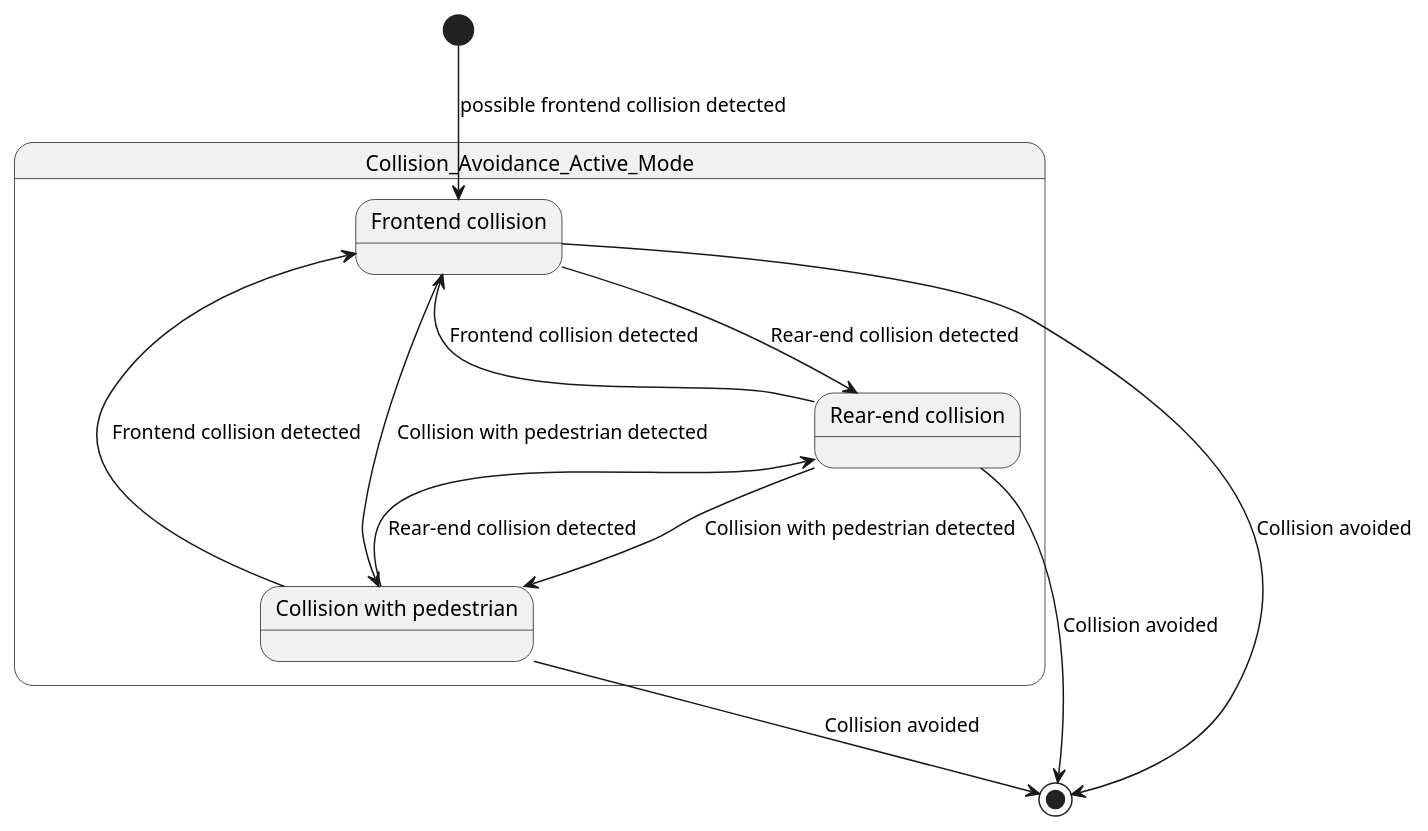
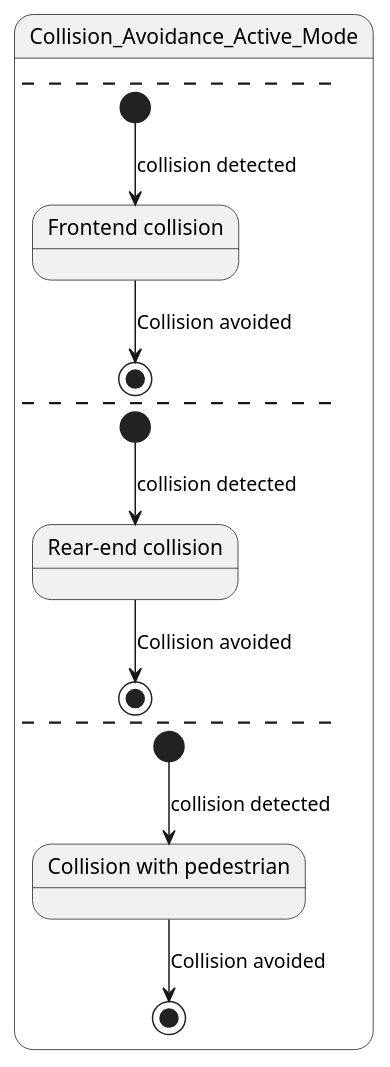
Before and after one commit to HansBug/research_ideas: the diagram in project_1_llm_state_machine_modeling/paper_stm_repair/pipeline/representation/reports/llms_emp_r45_java_60/pairs/0017/README.md, drawn with PlantUML. The commit also changed other lines of this file and 622 other files, not shown here.

First line of the commit message:
fix(paper1): 切换Phase-II最终池并重建PlantUML转换证据

````diff
--- a/project_1_llm_state_machine_modeling/paper_stm_repair/pipeline/representation/reports/llms_emp_r45_java_60/pairs/0017/README.md
+++ b/project_1_llm_state_machine_modeling/paper_stm_repair/pipeline/representation/reports/llms_emp_r45_java_60/pairs/0017/README.md
@@ -27,20 +82,20 @@
 ```plantuml
 @startuml
-state "Collision_Avoidance_Active_Mode" as CA {
+state Collision_Avoidance_Active_Mode {
+--
+[*] --> F : collision detected
 state "Frontend collision" as F
+F --> [*] : Collision avoided
+
+--
+[*] --> R : collision detected
 state "Rear-end collision" as R
+R --> [*] : Collision avoided
+
+--
+[*] --> P : collision detected
 state "Collision with pedestrian" as P
+P --> [*] : Collision avoided
 }
-
-[*] --> F : possible frontend collision detected
-F --> [*] : Collision avoided
-F --> R : Rear-end collision detected
-R --> [*] : Collision avoided
-F --> P : Collision with pedestrian detected
-P --> [*] : Collision avoided
-R --> P : Collision with pedestrian detected
-R --> F : Frontend collision detected
-P --> F : Frontend collision detected
-P --> R : Rear-end collision detected
 @enduml
 ```
````
